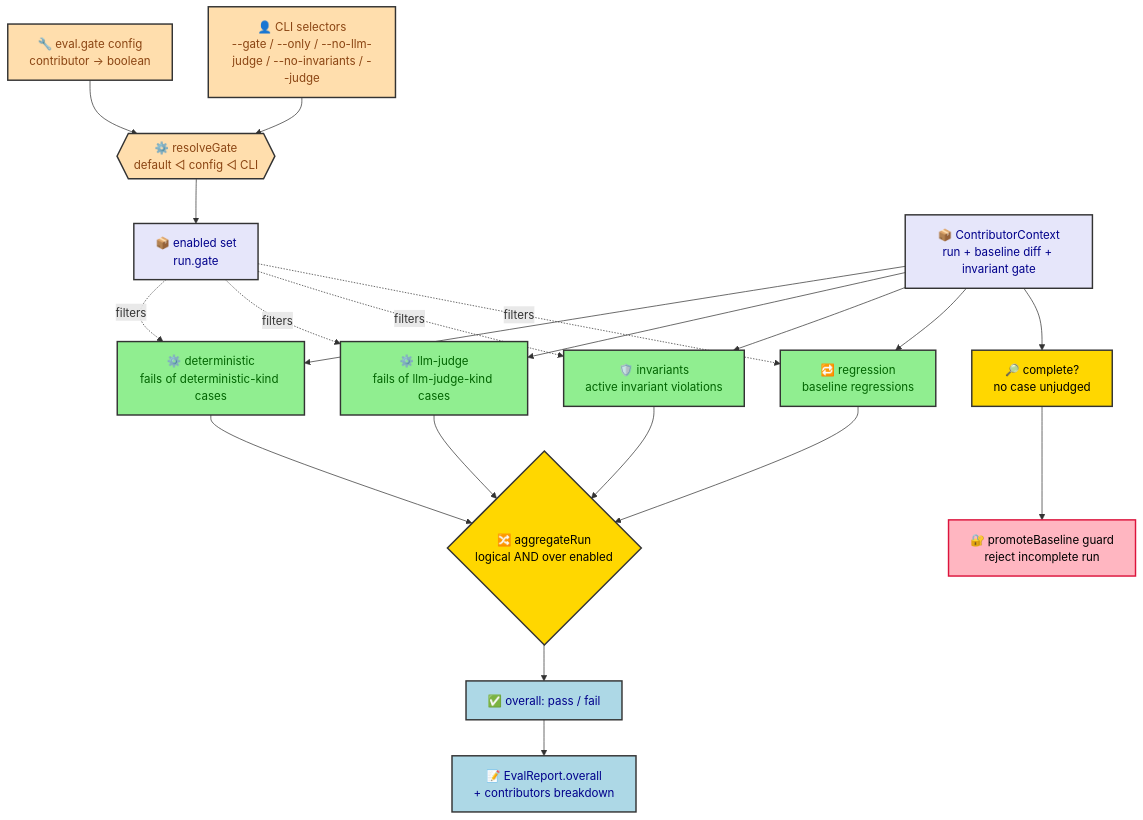
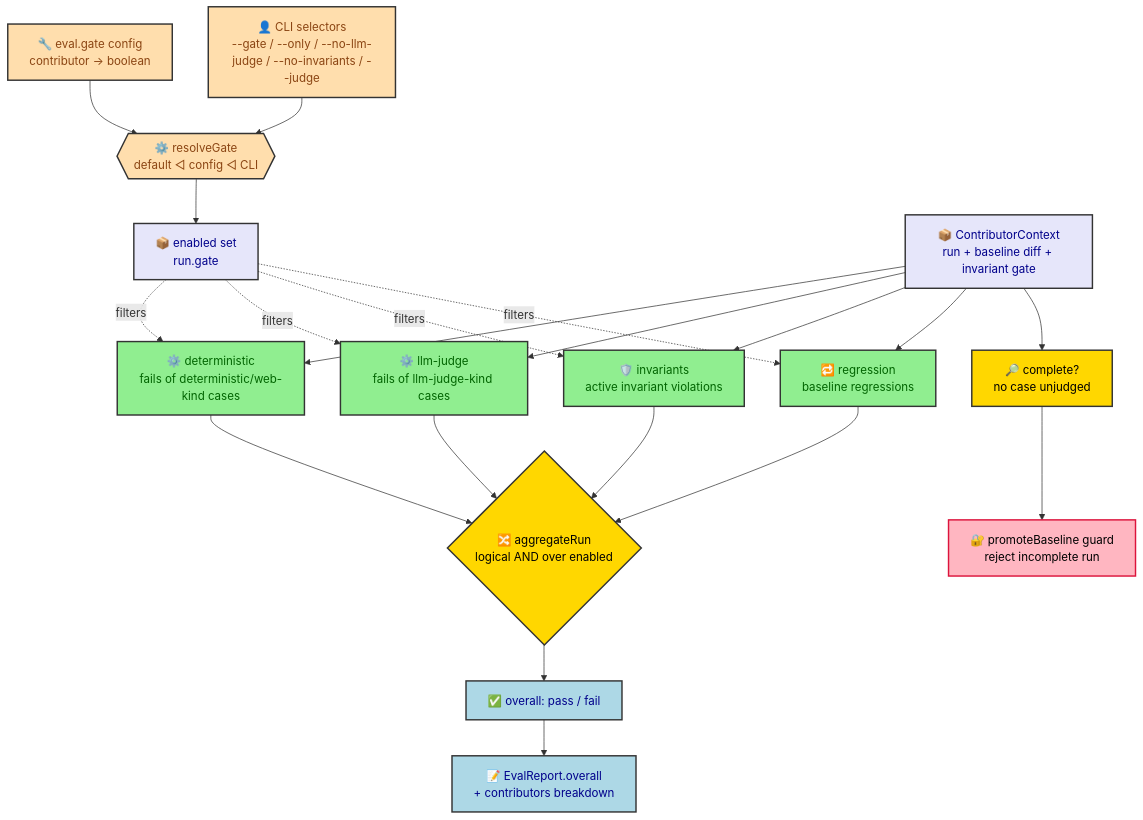
Before and after one commit to joctaTorres/ratchet: the diagram in docs/eval-verdict-aggregation.md, drawn with Mermaid. The commit also changed other lines of this file and 14 other files, not shown here.

First line of the commit message:
feat(eval): fold web bindings into the deterministic contributor

````diff
--- a/docs/eval-verdict-aggregation.md
+++ b/docs/eval-verdict-aggregation.md
@@ -35,46 +35,46 @@
 ```mermaid
 flowchart TD
     CFG[🔧 eval.gate config<br/>contributor → boolean]
     CLI[👤 CLI selectors<br/>--gate / --only / --no-llm-judge / --no-invariants / --judge]
     GATE{{⚙️ resolveGate<br/>default ◁ config ◁ CLI}}
     CFG --> GATE
     CLI --> GATE
     GATE --> ENABLED[📦 enabled set<br/>run.gate]
 
     CTX[📦 ContributorContext<br/>run + baseline diff + invariant gate]
 
-    CTX --> DET[⚙️ deterministic<br/>fails of deterministic-kind cases]
+    CTX --> DET[⚙️ deterministic<br/>fails of deterministic/web-kind cases]
     CTX --> LLM[⚙️ llm-judge<br/>fails of llm-judge-kind cases]
     CTX --> INV[🛡️ invariants<br/>active invariant violations]
     CTX --> REG[🔁 regression<br/>baseline regressions]
 
     ENABLED -. filters .-> DET
     ENABLED -. filters .-> LLM
     ENABLED -. filters .-> INV
     ENABLED -. filters .-> REG
 
     DET --> AND{🔀 aggregateRun<br/>logical AND over enabled}
     LLM --> AND
     INV --> AND
     REG --> AND
 
     AND --> OVERALL[✅ overall: pass / fail]
     CTX --> COMPLETE[🔎 complete?<br/>no case unjudged]
 
     OVERALL --> REPORT[📝 EvalReport.overall<br/>+ contributors breakdown]
     COMPLETE --> GUARD[🔐 promoteBaseline guard<br/>reject incomplete run]
 
     classDef input    fill:#E6E6FA,stroke:#333,stroke-width:2px,color:darkblue
     classDef select   fill:#FFDEAD,stroke:#333,stroke-width:2px,color:saddlebrown
     classDef contrib  fill:#90EE90,stroke:#333,stroke-width:2px,color:darkgreen
     classDef core     fill:#FFD700,stroke:#333,stroke-width:2px,color:black
     classDef sink     fill:#ADD8E6,stroke:#333,stroke-width:2px,color:darkblue
     classDef guard    fill:#FFB6C1,stroke:#DC143C,stroke-width:2px,color:black
 
     class CTX,ENABLED input
     class CFG,CLI,GATE select
     class DET,LLM,INV,REG contrib
     class AND,COMPLETE core
     class OVERALL,REPORT sink
     class GUARD guard
 ```
````
